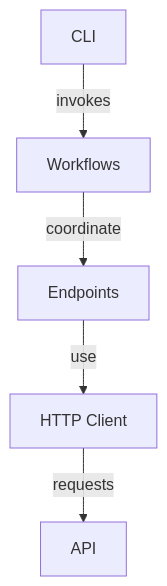
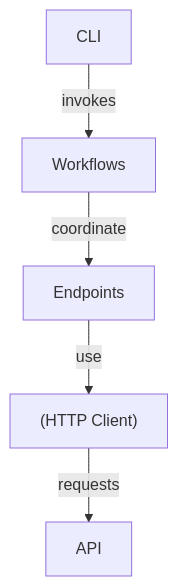
One commit to fderuiter/imednet-python-sdk changed the first of 3 diagrams in docs/architecture.rst. Above: the diagram before and after it, drawn with Mermaid. The commit also changed other lines of this file and 8 other files, not shown here.

```diff
--- a/docs/architecture.rst
+++ b/docs/architecture.rst
@@ -11,7 +11,7 @@
 .. mermaid::
 
    graph TD
        CLI[CLI] --> |invokes| Workflows
        Workflows --> |coordinate| Endpoints
-       Endpoints --> |use| Client[HTTP Client]
+       Endpoints --> |use| Client["(HTTP Client)"]
        Client --> |requests| API
```
